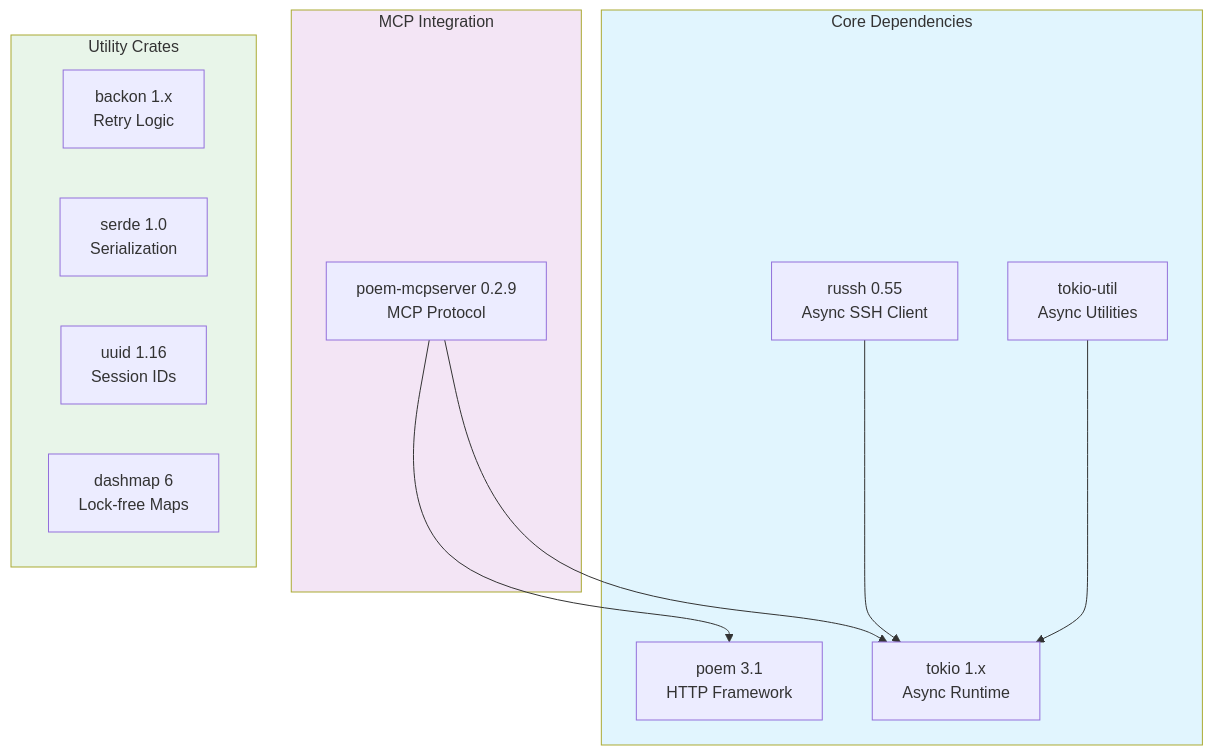
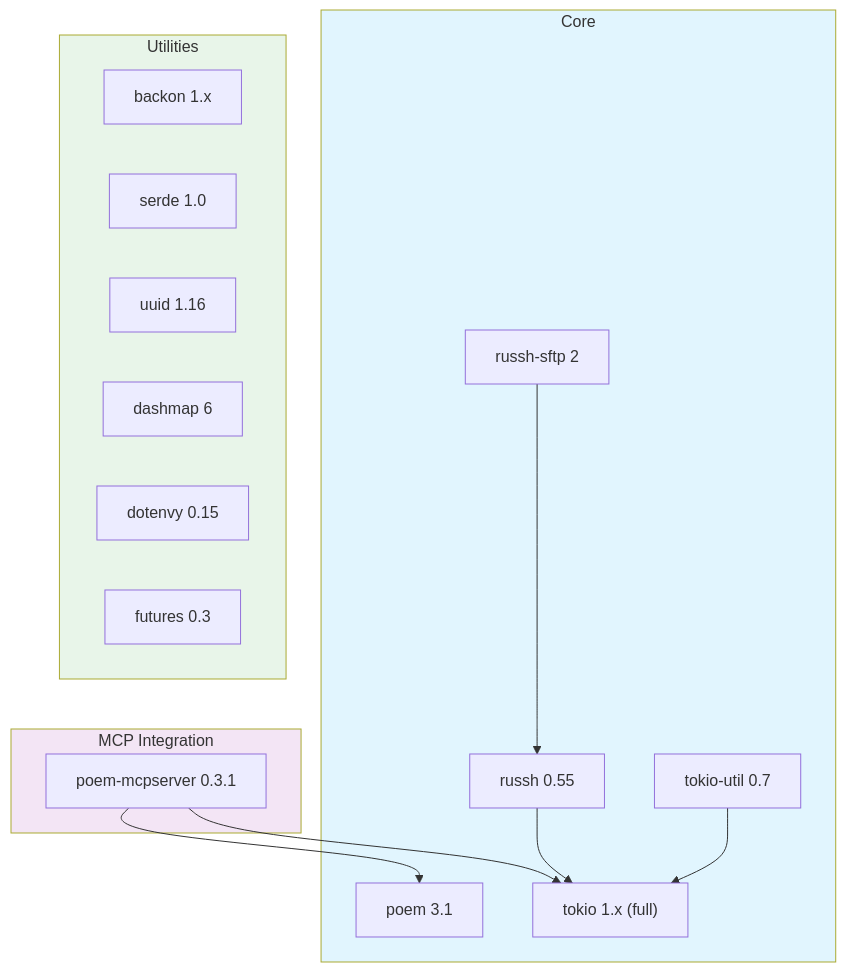
One commit to farchanjo/ssh-mcp changed diagram 11 of 11 in docs/ARCHITECTURE.md. Above: the diagram before and after it, drawn with Mermaid. The commit also changed other lines of this file and 5 other files, not shown here.

````diff
--- a/docs/ARCHITECTURE.md
+++ b/docs/ARCHITECTURE.md
@@ -1007,29 +823,33 @@
 ```mermaid
 flowchart TB
-    subgraph Core["Core Dependencies"]
-        Russh["russh 0.55<br/>Async SSH Client"]
-        Tokio["tokio 1.x<br/>Async Runtime"]
-        TokioUtil["tokio-util<br/>Async Utilities"]
-        Poem["poem 3.1<br/>HTTP Framework"]
+    subgraph Core["Core"]
+        Russh["russh 0.55"]
+        RusshSftp["russh-sftp 2"]
+        Tokio["tokio 1.x (full)"]
+        TokioUtil["tokio-util 0.7"]
+        Poem["poem 3.1"]
     end
 
     subgraph MCP["MCP Integration"]
-        PoemMCP["poem-mcpserver 0.2.9<br/>MCP Protocol"]
+        PoemMCP["poem-mcpserver 0.3.1"]
     end
 
-    subgraph Utilities["Utility Crates"]
-        Backon["backon 1.x<br/>Retry Logic"]
-        Serde["serde 1.0<br/>Serialization"]
-        UUID["uuid 1.16<br/>Session IDs"]
-        DashMap2["dashmap 6<br/>Lock-free Maps"]
+    subgraph Utilities["Utilities"]
+        Backon["backon 1.x"]
+        Serde["serde 1.0"]
+        UUID["uuid 1.16"]
+        DashMap["dashmap 6"]
+        Dotenvy["dotenvy 0.15"]
+        Futures["futures 0.3"]
     end
 
     PoemMCP --> Poem
     PoemMCP --> Tokio
     Russh --> Tokio
+    RusshSftp --> Russh
     TokioUtil --> Tokio
 
     style Core fill:#e1f5fe
     style MCP fill:#f3e5f5
     style Utilities fill:#e8f5e9
 ```
````
